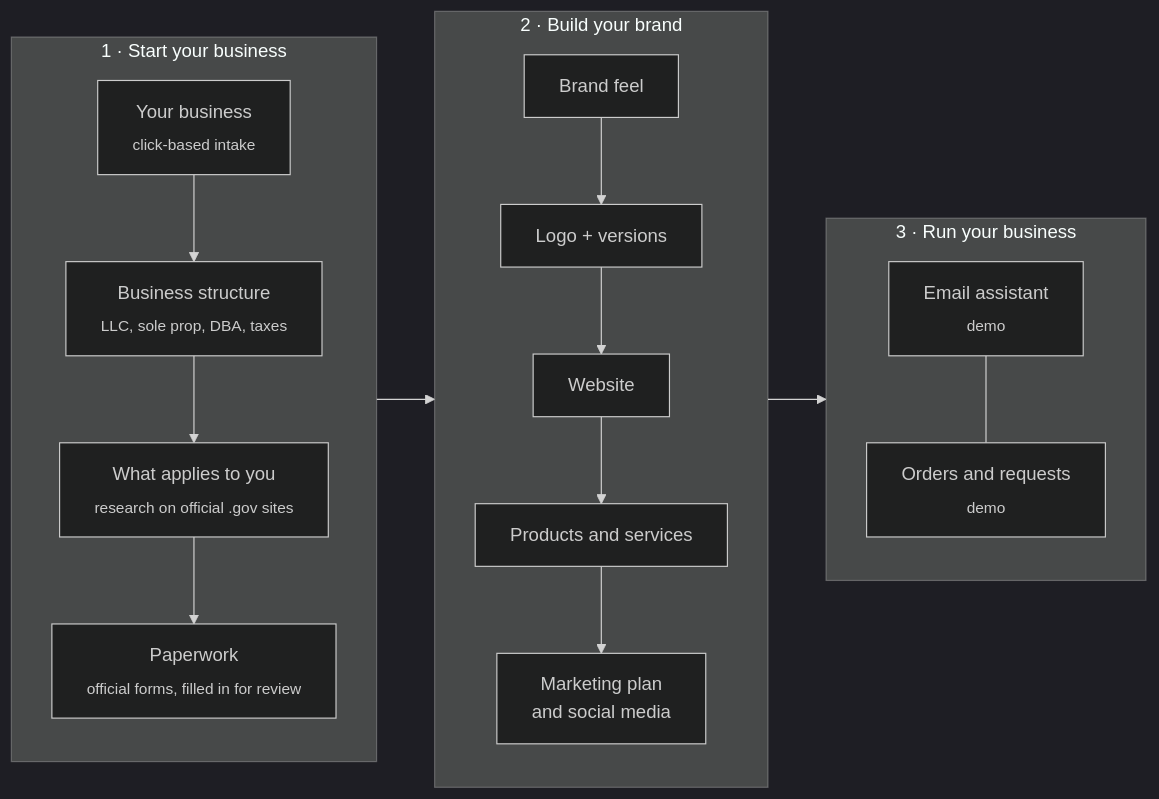
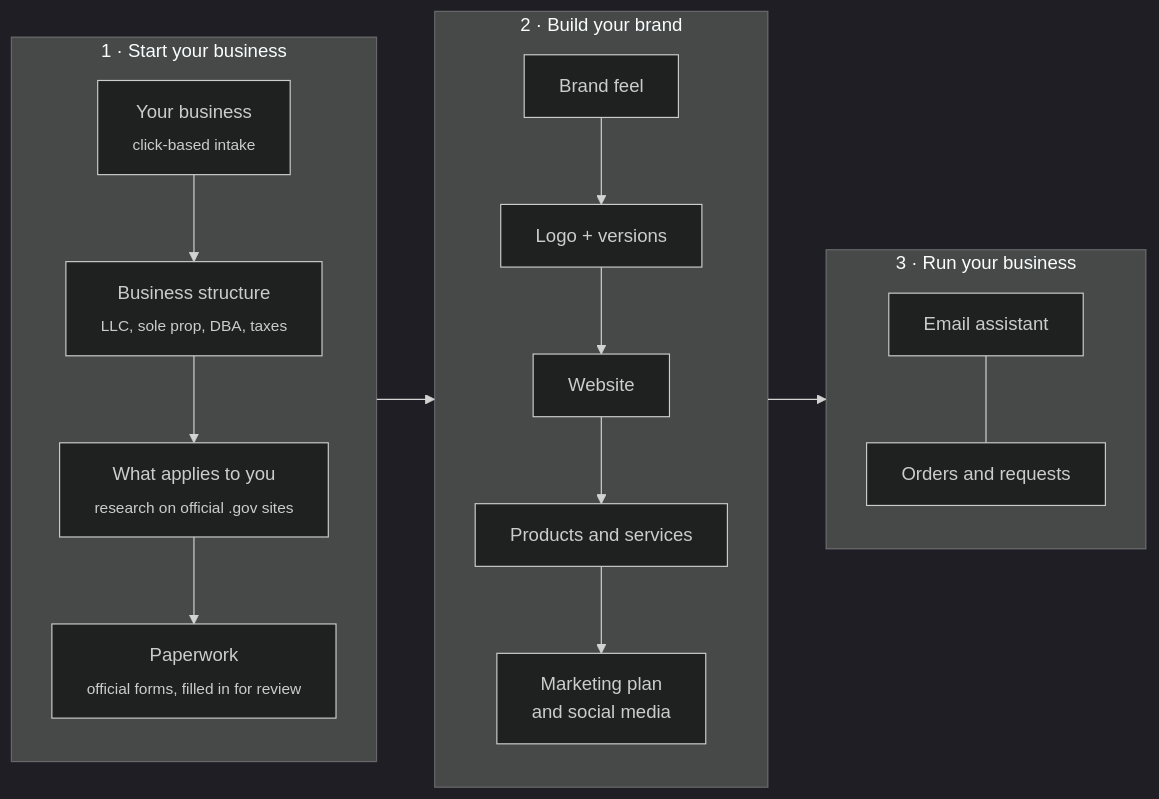
The first of 3 diagrams in README.md (apullenb/first-sale), drawn with Mermaid (dark theme) before and after one commit. The commit also changed other lines of this file and 2 other files, not shown here.

Commit message:
README: Meta Muse focus, warmer tone, Coming soon, clearer research diagram, new edit example

````diff
--- a/README.md
+++ b/README.md
@@ -76,18 +71,18 @@
 ```mermaid
 flowchart LR
   subgraph S["1 · Start your business"]
     direction TB
     S1["Your business<br/><sub>click-based intake</sub>"] --> S2["Business structure<br/><sub>LLC, sole prop, DBA, taxes</sub>"]
     S2 --> S3["What applies to you<br/><sub>research on official .gov sites</sub>"]
     S3 --> S4["Paperwork<br/><sub>official forms, filled in for review</sub>"]
   end
   subgraph B["2 · Build your brand"]
     direction TB
     B1["Brand feel"] --> B2["Logo + versions"] --> B3["Website"] --> B4["Products and services"] --> B5["Marketing plan<br/>and social media"]
   end
   subgraph R["3 · Run your business"]
     direction TB
-    R1["Email assistant<br/><sub>demo</sub>"] --- R2["Orders and requests<br/><sub>demo</sub>"]
+    R1["Email assistant"] --- R2["Orders and requests"]
   end
   S --> B --> R
 ```
````
